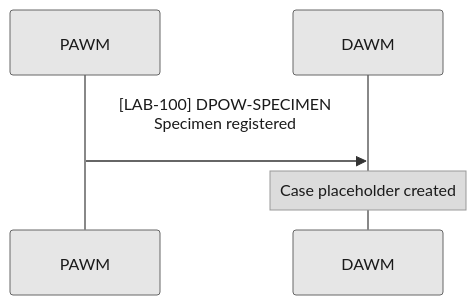
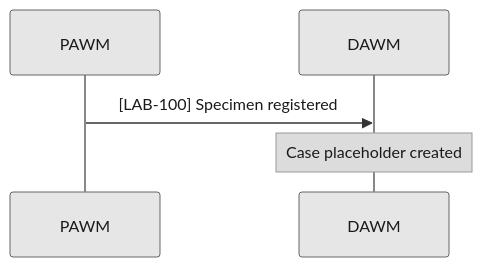
One commit to rufern/PaLM.DPOW changed the third of 8 diagrams in input/pagecontent/volume-1.md. Above: the diagram before and after it, drawn with Mermaid. The commit also changed other lines of this file and 8 other files, not shown here.

````diff
--- a/input/pagecontent/volume-1.md
+++ b/input/pagecontent/volume-1.md
@@ -223,9 +225,9 @@
 ```mermaid
 %%{init: {"theme":"base","themeVariables":{"primaryColor":"#e6e6e6","primaryBorderColor":"#666666","primaryTextColor":"#1a1a1a","lineColor":"#555555","textColor":"#1a1a1a","mainBkg":"#e6e6e6","nodeBorder":"#666666","clusterBkg":"#f5f5f5","clusterBorder":"#999999","actorBkg":"#e6e6e6","actorBorder":"#666666","actorTextColor":"#1a1a1a","actorLineColor":"#888888","signalColor":"#333333","signalTextColor":"#1a1a1a","noteBkgColor":"#dcdcdc","noteTextColor":"#1a1a1a","noteBorderColor":"#999999","labelBoxBkgColor":"#dcdcdc","labelBoxBorderColor":"#999999","labelTextColor":"#1a1a1a","edgeLabelBackground":"#f5f5f5","sequenceNumberColor":"#1a1a1a"}}}%%
 sequenceDiagram
   participant PAWM as PAWM
   participant DAWM as DAWM
 
-  PAWM->>DAWM: [LAB-100] DPOW-SPECIMEN<br/>Specimen registered<br/>
+  PAWM->>DAWM: [LAB-100] Specimen registered
   Note over DAWM: Case placeholder created
 ```
````
